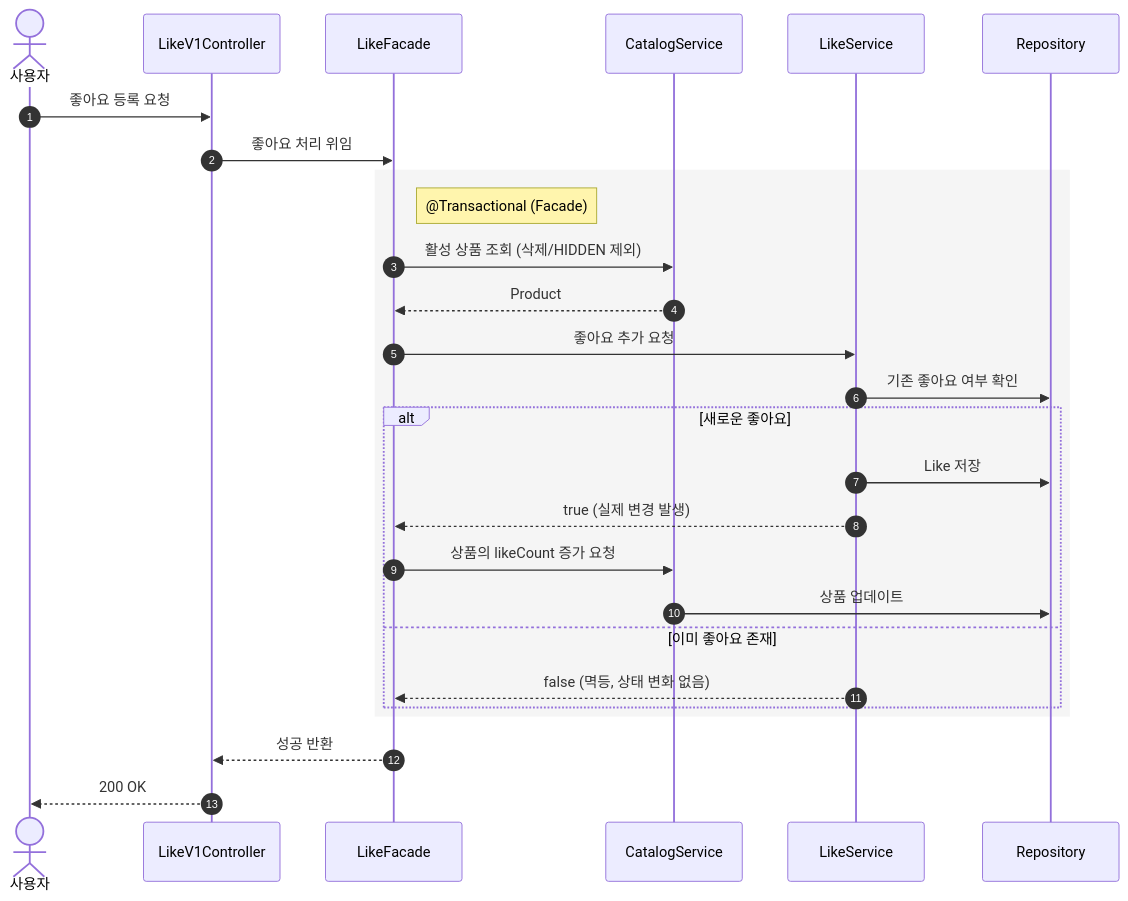
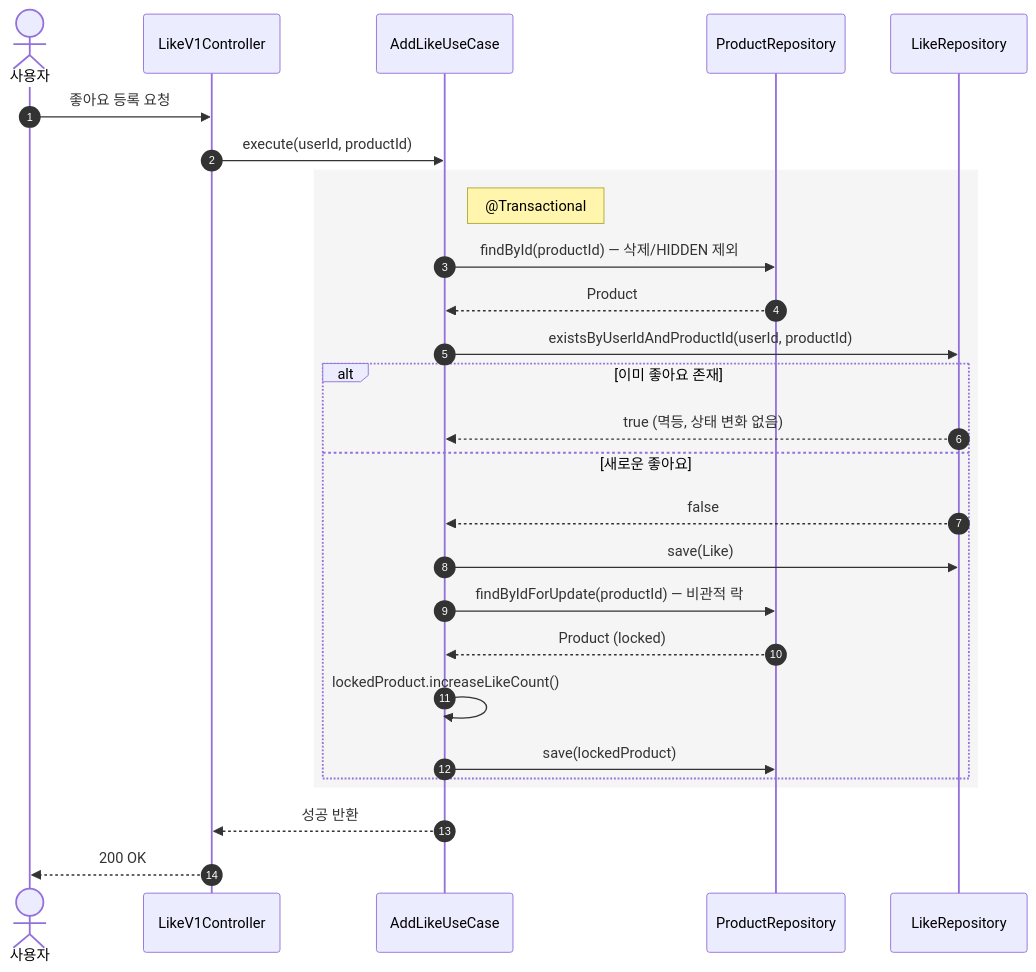
One commit to Loopers-dev-lab/loop-pack-be-l2-vol3-kotlin changed diagram 16 of 26 in docs/design/02-sequence-diagrams.md. Above: the diagram before and after it, drawn with Mermaid. The commit also changed other lines of this file and 6 other files, not shown here.

First line of the commit message:
docs: 설계 문서 최신화 — Facade/Service → UseCase 패턴 반영

````diff
--- a/docs/design/02-sequence-diagrams.md
+++ b/docs/design/02-sequence-diagrams.md
@@ -423,31 +438,31 @@
 ```mermaid
 sequenceDiagram
     autonumber
     actor User as 사용자
     participant C as LikeV1Controller
-    participant F as LikeFacade
-    participant CS as CatalogService
-    participant LS as LikeService
-    participant R as Repository
+    participant UC as AddLikeUseCase
+    participant PR as ProductRepository
+    participant LR as LikeRepository
     User ->> C: 좋아요 등록 요청
-    C ->> F: 좋아요 처리 위임
+    C ->> UC: execute(userId, productId)
 
     rect rgb(245, 245, 245)
-        Note right of F: @Transactional (Facade)
-        F ->> CS: 활성 상품 조회 (삭제/HIDDEN 제외)
-        CS -->> F: Product
-        F ->> LS: 좋아요 추가 요청
-        LS ->> R: 기존 좋아요 여부 확인
-        alt 새로운 좋아요
-            LS ->> R: Like 저장
-            LS -->> F: true (실제 변경 발생)
-            F ->> CS: 상품의 likeCount 증가 요청
-            CS ->> R: 상품 업데이트
-        else 이미 좋아요 존재
-            LS -->> F: false (멱등, 상태 변화 없음)
+        Note right of UC: @Transactional
+        UC ->> PR: findById(productId) — 삭제/HIDDEN 제외
+        PR -->> UC: Product
+        UC ->> LR: existsByUserIdAndProductId(userId, productId)
+        alt 이미 좋아요 존재
+            LR -->> UC: true (멱등, 상태 변화 없음)
+        else 새로운 좋아요
+            LR -->> UC: false
+            UC ->> LR: save(Like)
+            UC ->> PR: findByIdForUpdate(productId) — 비관적 락
+            PR -->> UC: Product (locked)
+            UC ->> UC: lockedProduct.increaseLikeCount()
+            UC ->> PR: save(lockedProduct)
         end
     end
 
-    F -->> C: 성공 반환
+    UC -->> C: 성공 반환
     C -->> User: 200 OK
 ```
````
